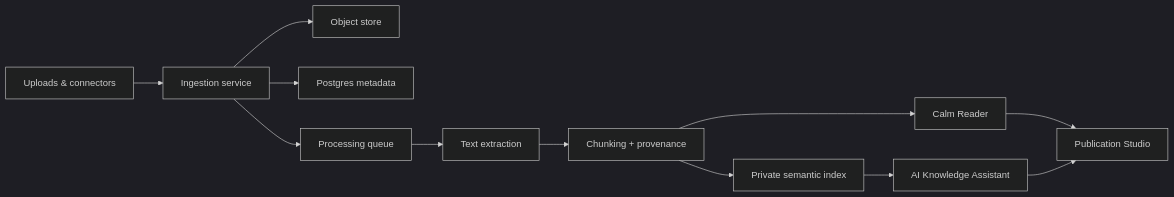
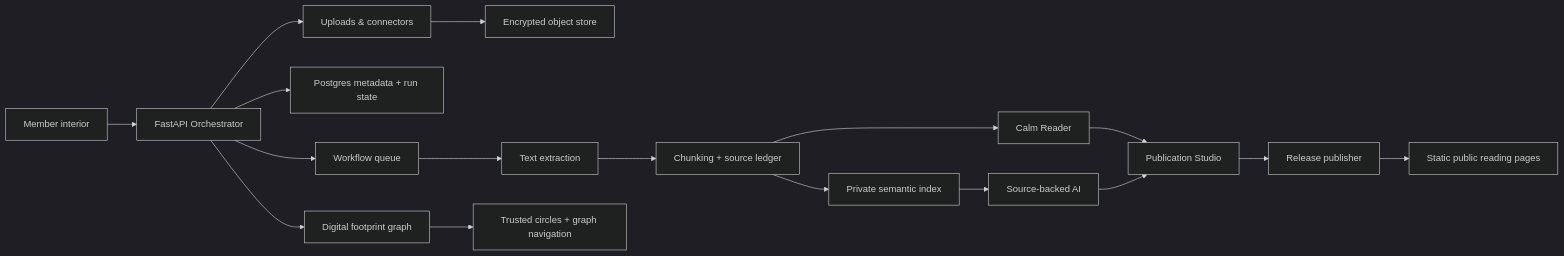
The diagram in docs/blueprint/04-KNOWLEDGE-AND-PUBLICATION.md (h3nok/DOT), drawn with Mermaid (dark theme) before and after one commit. The commit also changed other lines of this file and 247 other files, not shown here.

Commit message:
feat: complete premium glassmorphic UI overhaul for graph

````diff
--- a/docs/blueprint/04-KNOWLEDGE-AND-PUBLICATION.md
+++ b/docs/blueprint/04-KNOWLEDGE-AND-PUBLICATION.md
@@ -101,14 +167,19 @@
 ```mermaid
 flowchart LR
-  Upload[Uploads & connectors] --> Ingest[Ingestion service]
-  Ingest --> Store[Object store]
-  Ingest --> Meta[Postgres metadata]
-  Ingest --> Queue[Processing queue]
+  Member[Member interior] --> Orchestrator[FastAPI Orchestrator]
+  Orchestrator --> Upload[Uploads & connectors]
+  Upload --> Store[Encrypted object store]
+  Orchestrator --> Meta[Postgres metadata + run state]
+  Orchestrator --> Queue[Workflow queue]
   Queue --> Extract[Text extraction]
-  Extract --> Chunks[Chunking + provenance]
+  Extract --> Chunks[Chunking + source ledger]
   Chunks --> Index[Private semantic index]
+  Index --> Assistant[Source-backed AI]
   Chunks --> Reader[Calm Reader]
-  Index --> Assistant[AI Knowledge Assistant]
   Reader --> Studio[Publication Studio]
   Assistant --> Studio
+  Studio --> Publisher[Release publisher]
+  Publisher --> Public[Static public reading pages]
+  Orchestrator --> Graph[Digital footprint graph]
+  Graph --> Social[Trusted circles + graph navigation]
 ```
````
